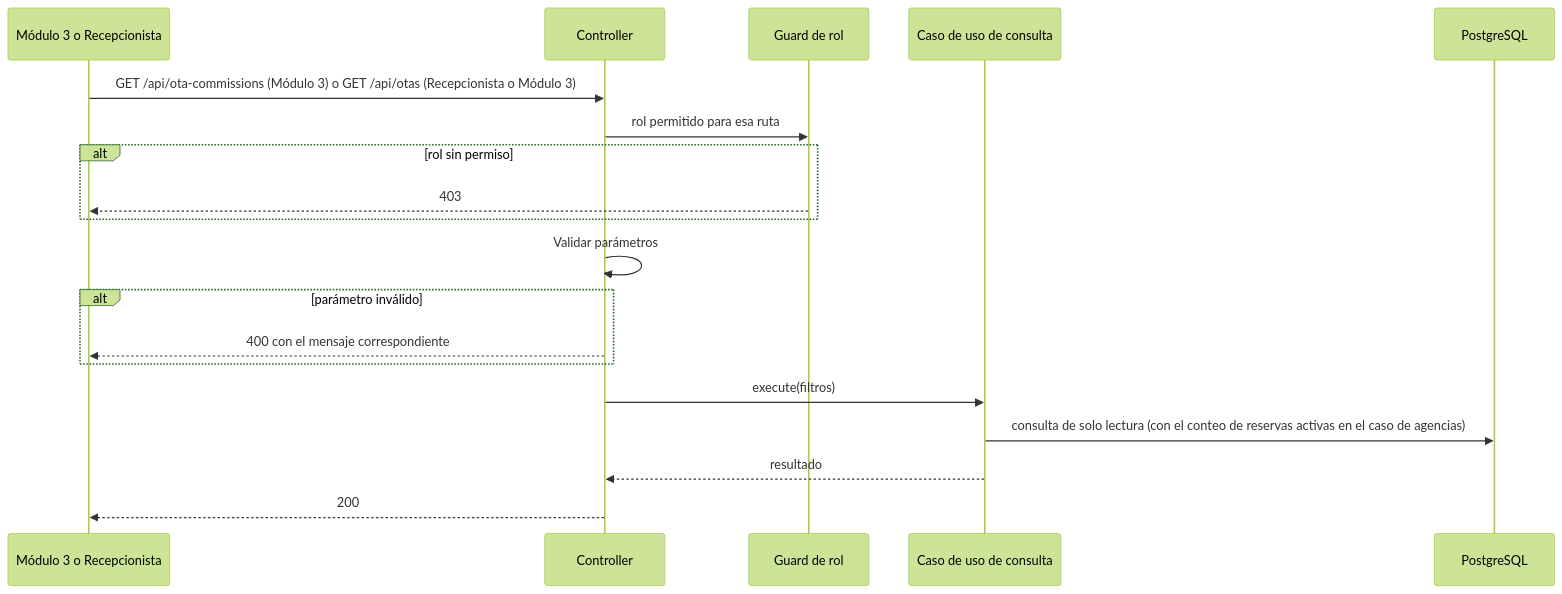
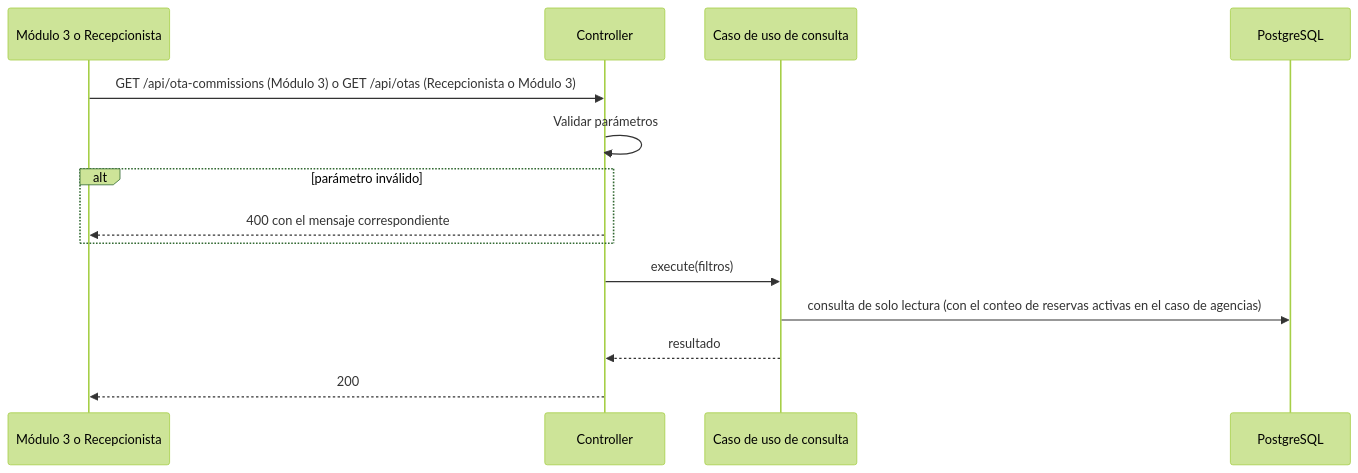
Before and after one commit to Lapicero312-lapi/HOSPITUA-MOD-2: the third of 4 diagrams in specs/register-ota-information-commission/plan.md, drawn with Mermaid (forest theme). The commit also changed other lines of this file and 16 other files, not shown here.

````diff
--- a/specs/register-ota-information-commission/plan.md
+++ b/specs/register-ota-information-commission/plan.md
@@ -361,22 +362,17 @@
 ```mermaid
 sequenceDiagram
     participant X as Módulo 3 o Recepcionista
     participant C as Controller
-    participant G as Guard de rol
     participant U as Caso de uso de consulta
     participant DB as PostgreSQL
 
     X->>C: GET /api/ota-commissions (Módulo 3) o GET /api/otas (Recepcionista o Módulo 3)
-    C->>G: rol permitido para esa ruta
-    alt rol sin permiso
-        G-->>X: 403
-    end
     C->>C: Validar parámetros
     alt parámetro inválido
         C-->>X: 400 con el mensaje correspondiente
     end
     C->>U: execute(filtros)
     U->>DB: consulta de solo lectura (con el conteo de reservas activas en el caso de agencias)
     U-->>C: resultado
     C-->>X: 200
 ```
````
